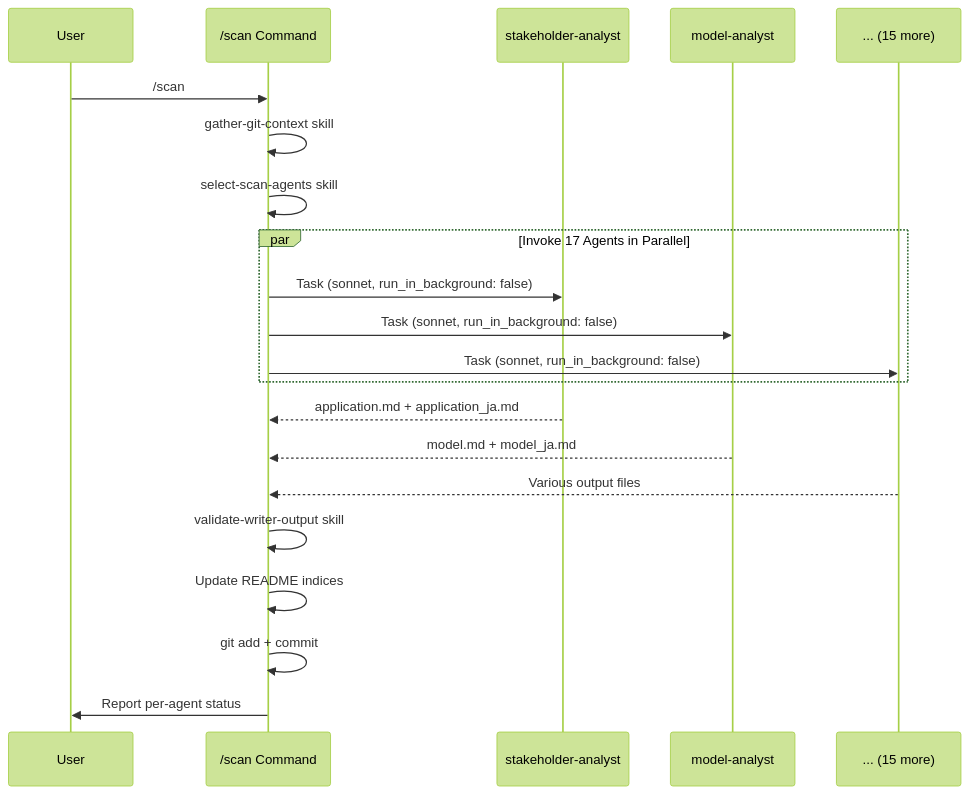
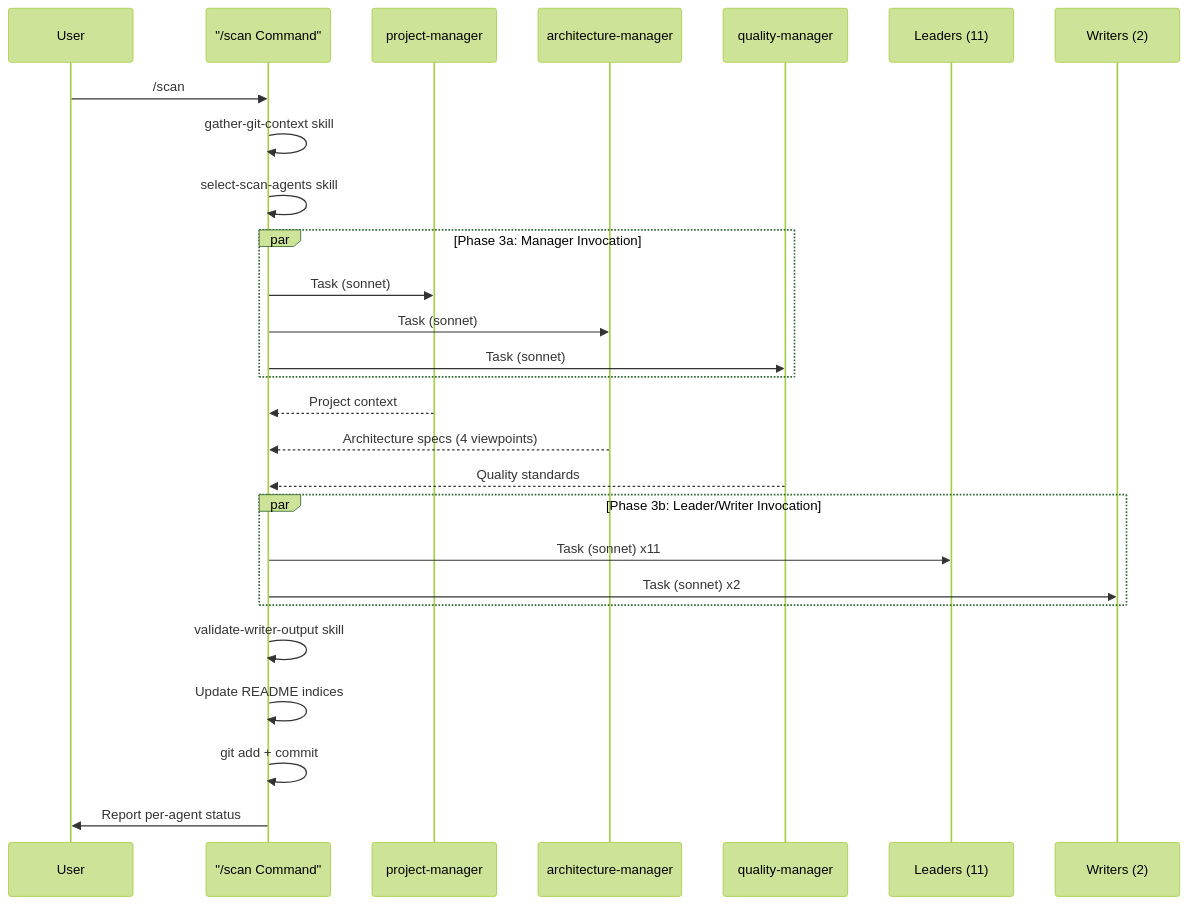
The third of 6 diagrams in .workaholic/specs/application_ja.md (qmu/workaholic), drawn with Mermaid (forest theme) before and after one commit. The commit also changed other lines of this file and 57 other files, not shown here.

````diff
--- a/.workaholic/specs/application_ja.md
+++ b/.workaholic/specs/application_ja.md
@@ -91,27 +109,34 @@
 ```mermaid
 sequenceDiagram
     participant User
-    participant scan as /scan Command
-    participant Agent1 as stakeholder-analyst
-    participant Agent2 as model-analyst
-    participant AgentN as ... (15 more)
+    participant scan as "/scan Command"
+    participant PM as project-manager
+    participant AM as architecture-manager
+    participant QM as quality-manager
+    participant Leaders as Leaders (11)
+    participant Writers as Writers (2)
 
     User->>scan: /scan
     scan->>scan: gather-git-context skill
     scan->>scan: select-scan-agents skill
 
-    par Invoke 17 Agents in Parallel
-        scan->>Agent1: Task (sonnet, run_in_background: false)
-        scan->>Agent2: Task (sonnet, run_in_background: false)
-        scan->>AgentN: Task (sonnet, run_in_background: false)
+    par Phase 3a: Manager Invocation
+        scan->>PM: Task (sonnet)
+        scan->>AM: Task (sonnet)
+        scan->>QM: Task (sonnet)
     end
 
-    Agent1-->>scan: application.md + application_ja.md
-    Agent2-->>scan: model.md + model_ja.md
-    AgentN-->>scan: Various output files
+    PM-->>scan: Project context
+    AM-->>scan: Architecture specs (4 viewpoints)
+    QM-->>scan: Quality standards
+
+    par Phase 3b: Leader/Writer Invocation
+        scan->>Leaders: Task (sonnet) x11
+        scan->>Writers: Task (sonnet) x2
+    end
 
     scan->>scan: validate-writer-output skill
     scan->>scan: Update README indices
     scan->>scan: git add + commit
     scan->>User: Report per-agent status
 ```
````
